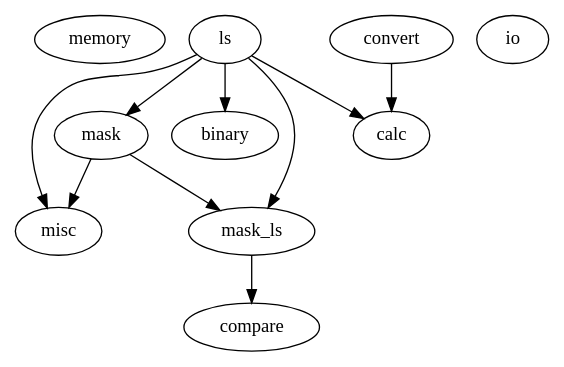
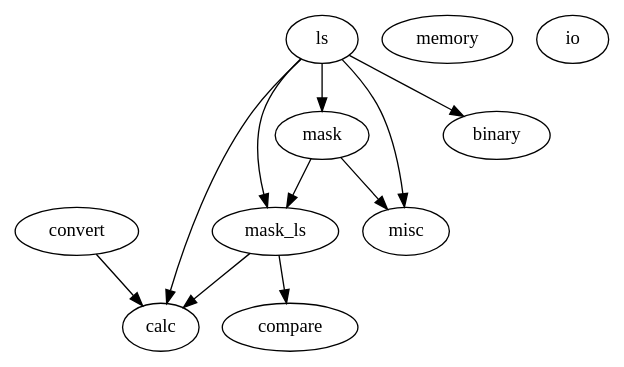
Before and after one commit to DerTuchi/TSL: the diagram in class_graph.dot, drawn with Graphviz. The commit also changed 35 other files, not shown here.

```diff
--- a/class_graph.dot
+++ b/class_graph.dot
@@ -1,21 +1,22 @@
 strict digraph  {
-memory;
-mask;
-ls;
-misc;
 calc;
 convert;
-binary;
-io;
+ls;
 mask_ls;
 compare;
+misc;
+mask;
+memory;
+io;
+binary;
+convert -> calc;
+ls -> calc;
+ls -> misc;
+ls -> mask_ls;
+ls -> mask;
+ls -> binary;
+mask_ls -> calc;
+mask_ls -> compare;
 mask -> misc;
 mask -> mask_ls;
-ls -> mask;
-ls -> misc;
-ls -> calc;
-ls -> binary;
-ls -> mask_ls;
-convert -> calc;
-mask_ls -> compare;
 }
```
